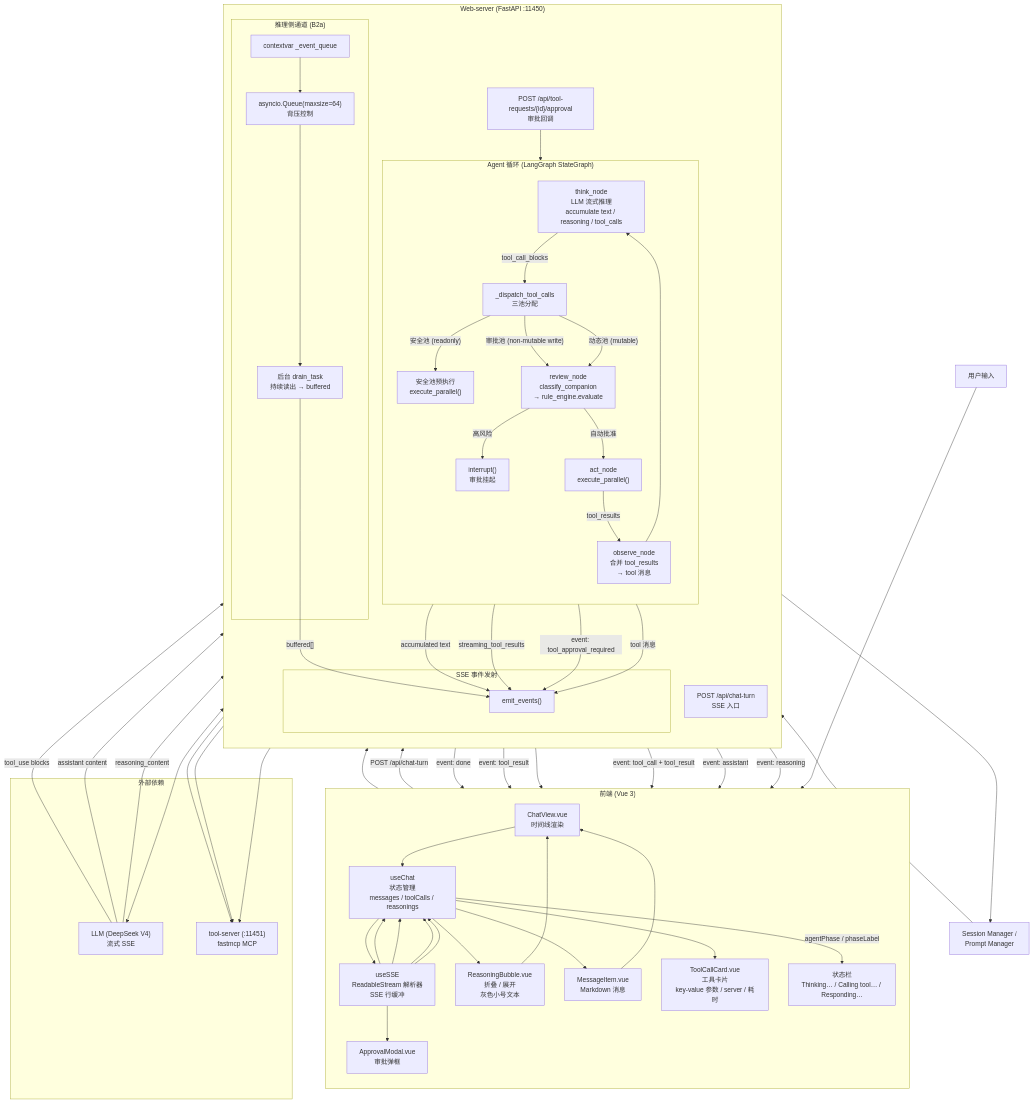
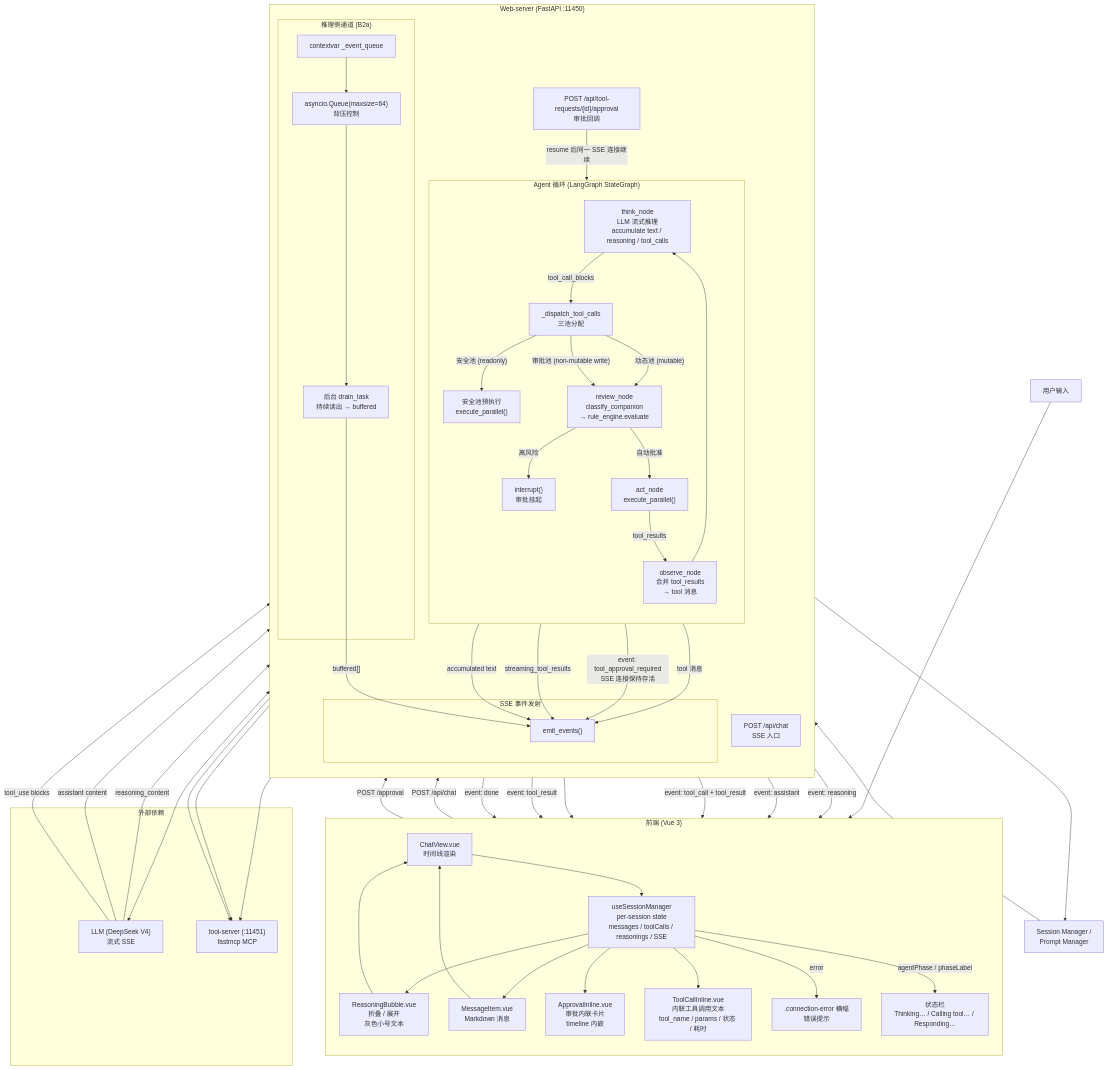
Diagram 11 of 14 in web-server/graph.md (nazzeDe/alascup-agent), drawn with Mermaid before and after one commit. The commit also changed other lines of this file and 24 other files, not shown here.

First line of the commit message:
refactor: replace useChat/useSSE/useSessions with unified useSessionManager

````diff
--- a/web-server/graph.md
+++ b/web-server/graph.md
@@ -764,17 +764,17 @@
         direction TB
         chat_view["ChatView.vue<br/>时间线渲染"]
         msg_item["MessageItem.vue<br/>Markdown 消息"]
-        tc_card["ToolCallCard.vue<br/>工具卡片<br/>key-value 参数 / server / 耗时"]
+        tc_inline["ToolCallInline.vue<br/>内联工具调用文本<br/>tool_name / params / 状态 / 耗时"]
         reason_bubble["ReasoningBubble.vue<br/>折叠 / 展开<br/>灰色小号文本"]
         status_bar["状态栏<br/>Thinking… / Calling tool… / Responding…"]
-        approval_modal["ApprovalModal.vue<br/>审批弹框"]
-        use_chat["useChat<br/>状态管理<br/>messages / toolCalls / reasonings"]
-        use_sse["useSSE<br/>ReadableStream 解析器<br/>SSE 行缓冲"]
+        approval_inline["ApprovalInline.vue<br/>审批内联卡片<br/>timeline 内嵌"]
+        error_banner[".connection-error 横幅<br/>错误提示"]
+        session_mgr["useSessionManager<br/>per-session state<br/>messages / toolCalls / reasonings / SSE"]
     end
 
     subgraph web_server["Web-server (FastAPI :11450)"]
         direction TB
-        api_chat["POST /api/chat-turn<br/>SSE 入口"]
+        api_chat["POST /api/chat<br/>SSE 入口"]
         api_approval["POST /api/tool-requests/{id}/approval<br/>审批回调"]
 
         subgraph agent_loop["Agent 循环 (LangGraph StateGraph)"]
@@ -805,9 +805,8 @@
     end
 
     user_input["用户输入"] --> chat_view
-    chat_view --> use_chat
-    use_chat --> use_sse
-    use_sse -- "POST /api/chat-turn" --> api_chat
+    chat_view --> session_mgr
+    session_mgr -- "POST /api/chat" --> api_chat
 
     api_chat --> svc["Session Manager /<br/>Prompt Manager"]
     svc --> think
@@ -817,16 +816,14 @@
     ctx_var --> reasoning_q
     reasoning_q --> drain_task
     drain_task -- "buffered[]" --> emit
-    emit -- "event: reasoning" --> use_sse
-    use_sse --> use_chat
-    use_chat --> reason_bubble
+    emit -- "event: reasoning" --> session_mgr
+    session_mgr --> reason_bubble
     reason_bubble --> chat_view
 
     llm -- "assistant content" --> think
     think -- "accumulated text" --> emit
-    emit -- "event: assistant" --> use_sse
-    use_sse --> use_chat
-    use_chat --> msg_item
+    emit -- "event: assistant" --> session_mgr
+    session_mgr --> msg_item
     msg_item --> chat_view
 
     llm -- "tool_use blocks" --> think
@@ -838,28 +835,27 @@
 
     pre_exec --> tool_server
     pre_exec -- "streaming_tool_results" --> emit
-    emit -- "event: tool_call + tool_result" --> use_sse
+    emit -- "event: tool_call + tool_result" --> session_mgr
 
     review --> tool_server
     review -- "高风险" --> interrupt
-    interrupt -- "event: tool_approval_required" --> emit
-    emit --> use_sse
-    use_sse --> approval_modal
-    approval_modal --> api_approval
-    api_approval --> act
+    interrupt -- "event: tool_approval_required<br/>SSE 连接保持存活" --> emit
+    emit --> session_mgr
+    session_mgr --> approval_inline
+    approval_inline -- "POST /approval" --> api_approval
+    api_approval -- "resume 后同一 SSE 连接继续" --> act
 
     review -- "自动批准" --> act
     act --> tool_server
     act -- "tool_results" --> observe
     observe -- "tool 消息" --> emit
-    emit -- "event: tool_result" --> use_sse
-    use_sse --> use_chat
-    use_chat --> tc_card
+    emit -- "event: tool_result" --> session_mgr
+    session_mgr --> tc_inline
 
     observe --> think
 
-    emit -- "event: done" --> use_sse
-    use_sse --> use_chat
+    emit -- "event: done" --> session_mgr
 
-    use_chat -- "agentPhase / phaseLabel" --> status_bar
+    session_mgr -- "error" --> error_banner
+    session_mgr -- "agentPhase / phaseLabel" --> status_bar
 ```
````
